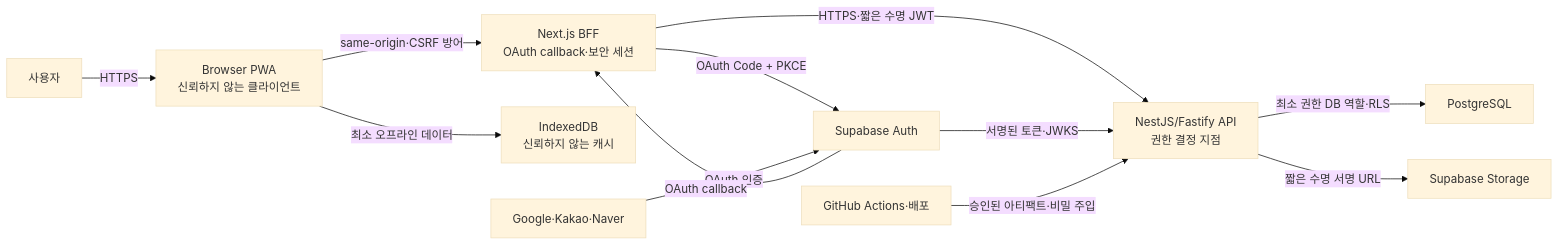
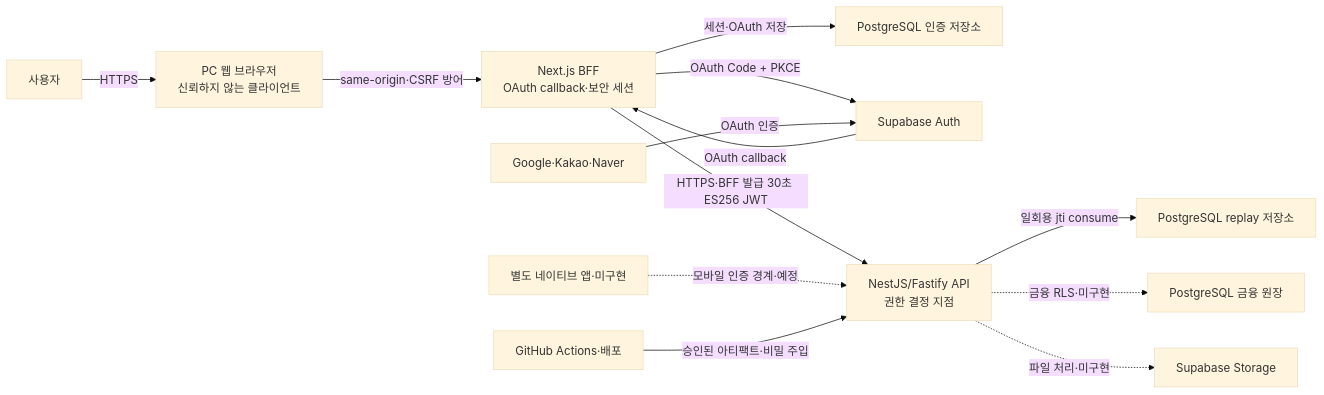
The diagram in docs/security/security-architecture.md (jawon0407/account-book), drawn with Mermaid (base theme) before and after one commit. The commit also changed other lines of this file and 158 other files, not shown here.

First line of the commit message:
docs: refresh architecture and explain function contracts in Korean

````diff
--- a/docs/security/security-architecture.md
+++ b/docs/security/security-architecture.md
@@ -19,14 +21,15 @@
 ```mermaid
 flowchart LR
-  U["사용자"] -->|"HTTPS"| W["Browser PWA\n신뢰하지 않는 클라이언트"]
+  U["사용자"] -->|"HTTPS"| W["PC 웹 브라우저\n신뢰하지 않는 클라이언트"]
   W -->|"same-origin·CSRF 방어"| B["Next.js BFF\nOAuth callback·보안 세션"]
-  W -->|"최소 오프라인 데이터"| I["IndexedDB\n신뢰하지 않는 캐시"]
+  B -->|"세션·OAuth 저장"| D["PostgreSQL 인증 저장소"]
   B -->|"OAuth Code + PKCE"| A["Supabase Auth"]
-  B -->|"HTTPS·짧은 수명 JWT"| N["NestJS/Fastify API\n권한 결정 지점"]
-  N -->|"최소 권한 DB 역할·RLS"| P["PostgreSQL"]
-  N -->|"짧은 수명 서명 URL"| S["Supabase Storage"]
-  A -->|"서명된 토큰·JWKS"| N
+  B -->|"HTTPS·BFF 발급 30초 ES256 JWT"| N["NestJS/Fastify API\n권한 결정 지점"]
+  N -->|"일회용 jti consume"| R["PostgreSQL replay 저장소"]
+  N -.->|"금융 RLS·미구현"| P["PostgreSQL 금융 원장"]
+  N -.->|"파일 처리·미구현"| S["Supabase Storage"]
+  M["별도 네이티브 앱·미구현"] -.->|"모바일 인증 경계·예정"| N
   O["Google·Kakao·Naver"] -->|"OAuth 인증"| A
   A -->|"OAuth callback"| B
   C["GitHub Actions·배포"] -->|"승인된 아티팩트·비밀 주입"| N
 ```
````
